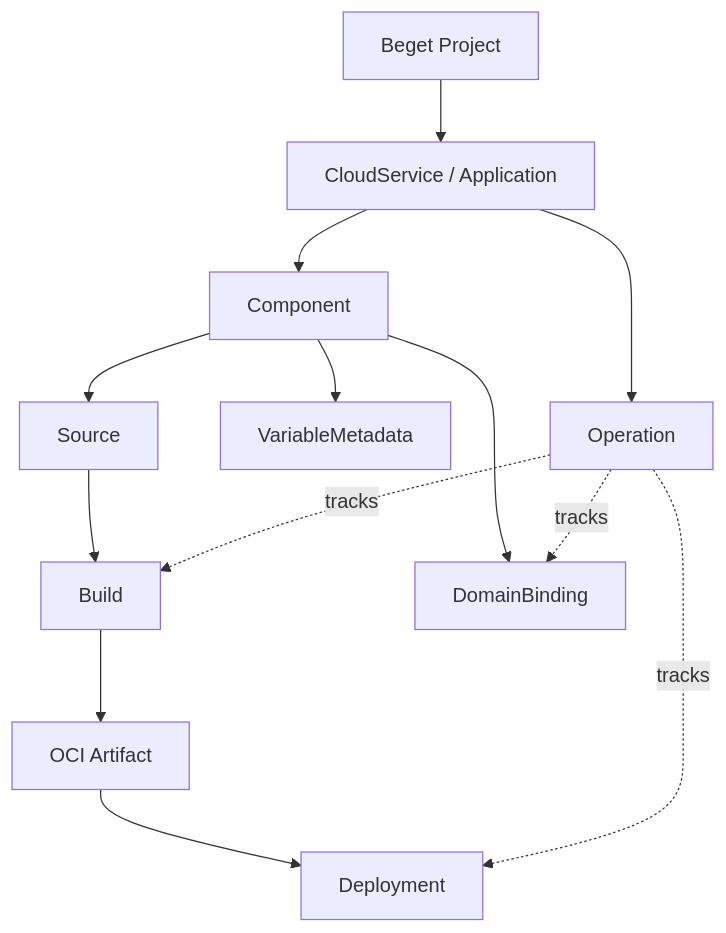
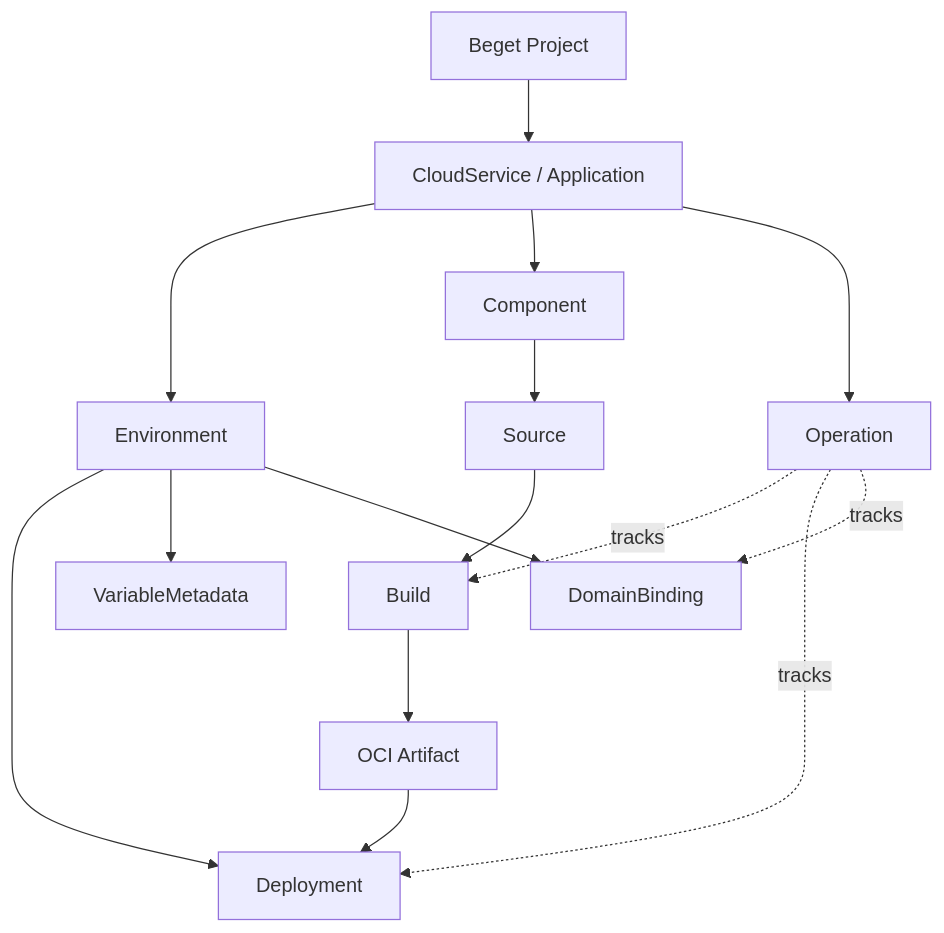
Before and after one commit to PRO-Robotech/kacho-workspace: the first of 6 diagrams in docs/plans/beget-application-platform-product-draft.md, drawn with Mermaid. The commit also changed other lines of this file and 16 other files, not shown here.

````diff
--- a/docs/plans/beget-application-platform-product-draft.md
+++ b/docs/plans/beget-application-platform-product-draft.md
@@ -83,26 +89,29 @@
 ```mermaid
 flowchart TB
     Project[Beget Project]
     CloudService[CloudService / Application]
+    Environment[Environment]
     Component[Component]
     Source[Source]
     Build[Build]
     Artifact[OCI Artifact]
     Deployment[Deployment]
     Variables[VariableMetadata]
     Domain[DomainBinding]
     Operation[Operation]
 
     Project --> CloudService
+    CloudService --> Environment
     CloudService --> Component
     Component --> Source
     Source --> Build
     Build --> Artifact
     Artifact --> Deployment
-    Component --> Variables
-    Component --> Domain
+    Environment --> Deployment
+    Environment --> Variables
+    Environment --> Domain
     CloudService --> Operation
     Operation -. tracks .-> Build
     Operation -. tracks .-> Deployment
     Operation -. tracks .-> Domain
 ```
````
